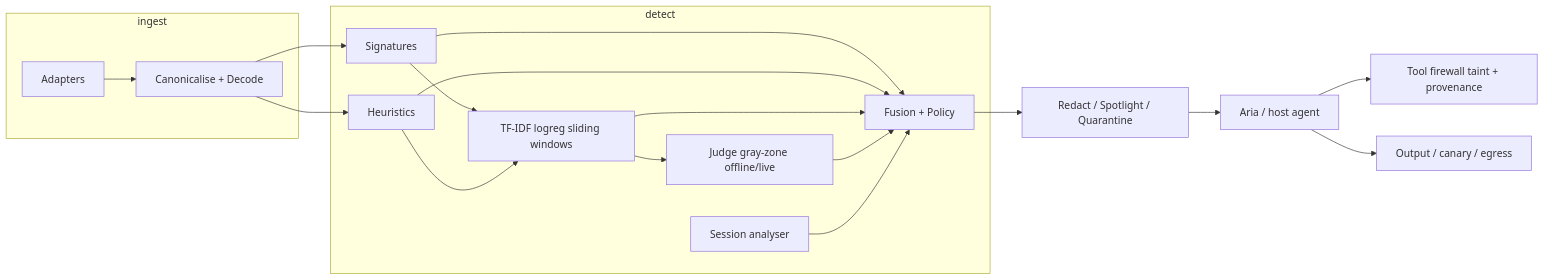
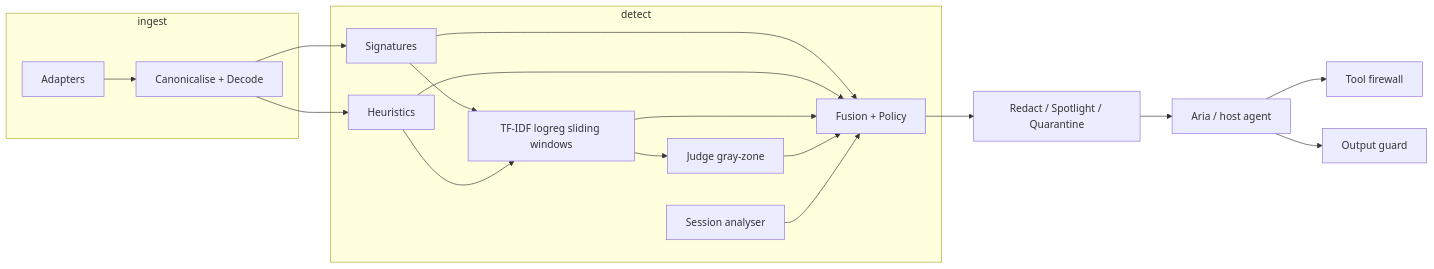
One commit to Sohamsurve/PromptShield changed the diagram in docs/SUBMISSION.md. Above: the diagram before and after it, drawn with Mermaid. The commit also changed other lines of this file and 27 other files, not shown here.

First line of the commit message:
fix(evidence): redesignatedev_redteam, wire live judge, withdraw false independence

````diff
--- a/docs/SUBMISSION.md
+++ b/docs/SUBMISSION.md
@@ -5,22 +5,22 @@
 ```mermaid
 flowchart LR
   subgraph ingest
     A[Adapters] --> N[Canonicalise + Decode]
   end
   subgraph detect
     N --> S[Signatures]
     N --> H[Heuristics]
     S --> C[TF-IDF logreg sliding windows]
     H --> C
-    C --> J[Judge gray-zone offline/live]
+    C --> J[Judge gray-zone]
     S --> F[Fusion + Policy]
     H --> F
     C --> F
     J --> F
     Sess[Session analyser] --> F
   end
   F --> Neu[Redact / Spotlight / Quarantine]
   Neu --> Agent[Aria / host agent]
-  Agent --> TG[Tool firewall taint + provenance]
-  Agent --> OG[Output / canary / egress]
+  Agent --> TG[Tool firewall]
+  Agent --> OG[Output guard]
 ```
````
